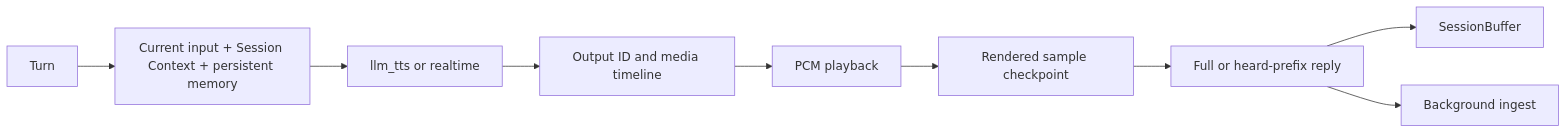
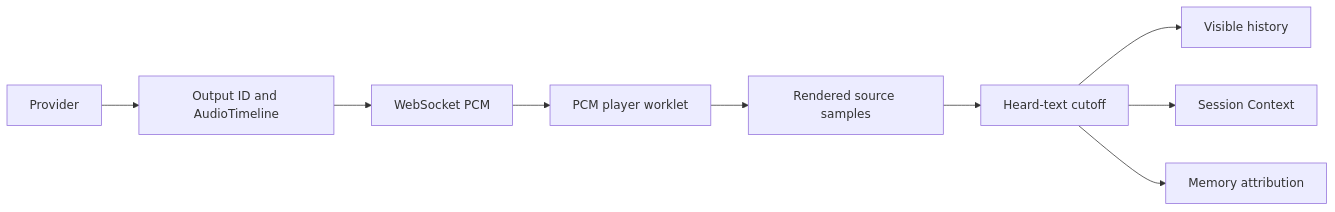
Before and after one commit to lang-jiaqi/VoiceMem-Studio: the fourth of 4 diagrams in ARCHITECTURE.md, drawn with Mermaid. The commit also changed other lines of this file, not shown here.

````diff
--- a/ARCHITECTURE.md
+++ b/ARCHITECTURE.md
@@ -215,11 +353,11 @@
 ```mermaid
 flowchart LR
-    Turn --> Context[Current input + Session Context + persistent memory]
-    Context --> Adapter[llm_tts or realtime]
-    Adapter --> Timeline[Output ID and media timeline]
-    Timeline --> Browser[PCM playback]
-    Browser --> Checkpoint[Rendered sample checkpoint]
-    Checkpoint --> Finalize[Full or heard-prefix reply]
-    Finalize --> Session[SessionBuffer]
-    Finalize --> Ingest[Background ingest]
+    Provider --> Timeline[Output ID and AudioTimeline]
+    Timeline --> PCM[WebSocket PCM]
+    PCM --> Worklet[PCM player worklet]
+    Worklet --> Progress[Rendered source samples]
+    Progress --> Cutoff[Heard-text cutoff]
+    Cutoff --> UI[Visible history]
+    Cutoff --> Session[Session Context]
+    Cutoff --> Memory[Memory attribution]
 ```
````
